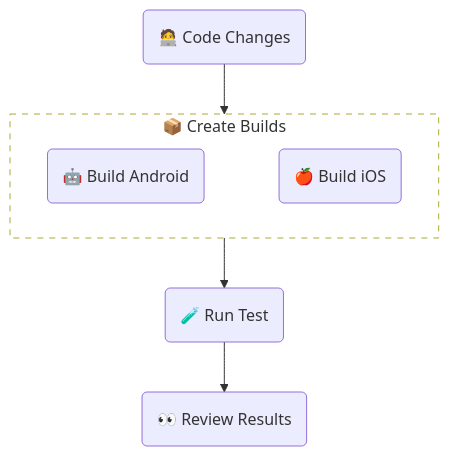
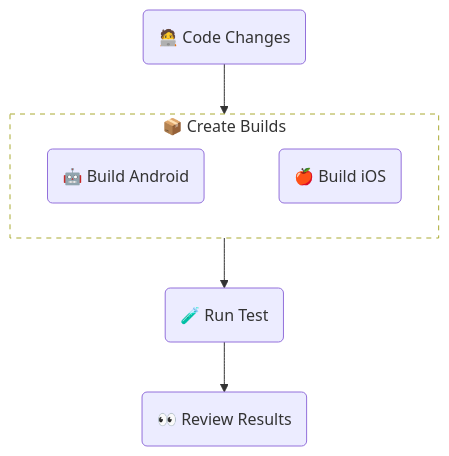
The diagram in examples/standard/README.md (sherlo-io/sherlo), drawn with Mermaid before and after one commit.

Commit message:
no message

````diff
--- a/examples/standard/README.md
+++ b/examples/standard/README.md
@@ -14,16 +14,16 @@
 ```mermaid
 flowchart TB
    UI(🧑‍💻 Code Changes)
    subgraph Build[📦 Create Builds]
       Android(🤖 Build Android)
       iOS(🍎 Build iOS)
       Android ~~~ iOS
-      style Build fill:#00000000,stroke-dasharray: 6 6
+      style Build fill:#00000000,stroke-dasharray: 5 5
    end
    Test(🧪 Run Test)
    Review(👀 Review Results)
 
    UI --> Build
    Build --> Test
    Test --> Review
 ```
````
